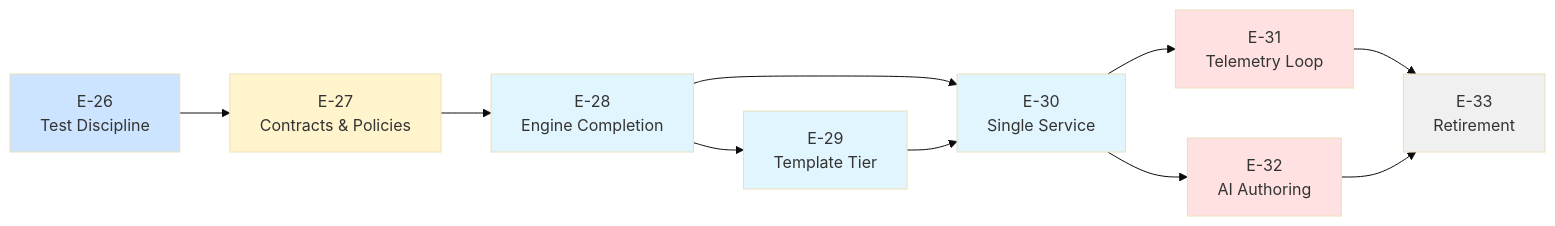
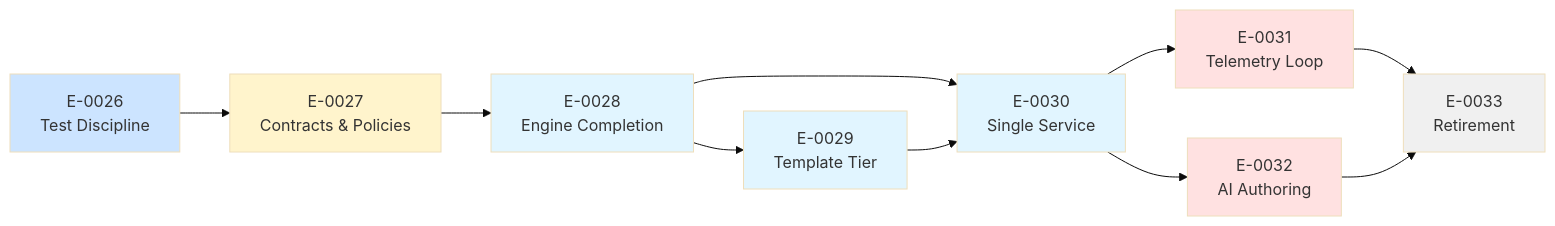
The second of 2 diagrams in docs/research/consolidation-survey/redesign-proposal.md (23min/FlowTime), drawn with Mermaid (base theme) before and after one commit. The commit also changed other lines of this file and 99 other files, not shown here.

````diff
--- a/docs/research/consolidation-survey/redesign-proposal.md
+++ b/docs/research/consolidation-survey/redesign-proposal.md
@@ -297,21 +297,21 @@
 ```mermaid
 flowchart LR
-    E26[E-26<br/>Test Discipline] --> E27[E-27<br/>Contracts & Policies]
-    E27 --> E28[E-28<br/>Engine Completion]
-    E28 --> E29[E-29<br/>Template Tier]
+    E26[E-0026<br/>Test Discipline] --> E27[E-0027<br/>Contracts & Policies]
+    E27 --> E28[E-0028<br/>Engine Completion]
+    E28 --> E29[E-0029<br/>Template Tier]
     E28 --> E30
-    E29 --> E30[E-30<br/>Single Service]
-    E30 --> E31[E-31<br/>Telemetry Loop]
-    E30 --> E32[E-32<br/>AI Authoring]
-    E31 --> E33[E-33<br/>Retirement]
+    E29 --> E30[E-0030<br/>Single Service]
+    E30 --> E31[E-0031<br/>Telemetry Loop]
+    E30 --> E32[E-0032<br/>AI Authoring]
+    E31 --> E33[E-0033<br/>Retirement]
     E32 --> E33
 
     style E26 fill:#cce4ff
     style E27 fill:#fff4cc
     style E28 fill:#e1f5ff
     style E29 fill:#e1f5ff
     style E30 fill:#e1f5ff
     style E31 fill:#ffe1e1
     style E32 fill:#ffe1e1
     style E33 fill:#f0f0f0
 ```
````
